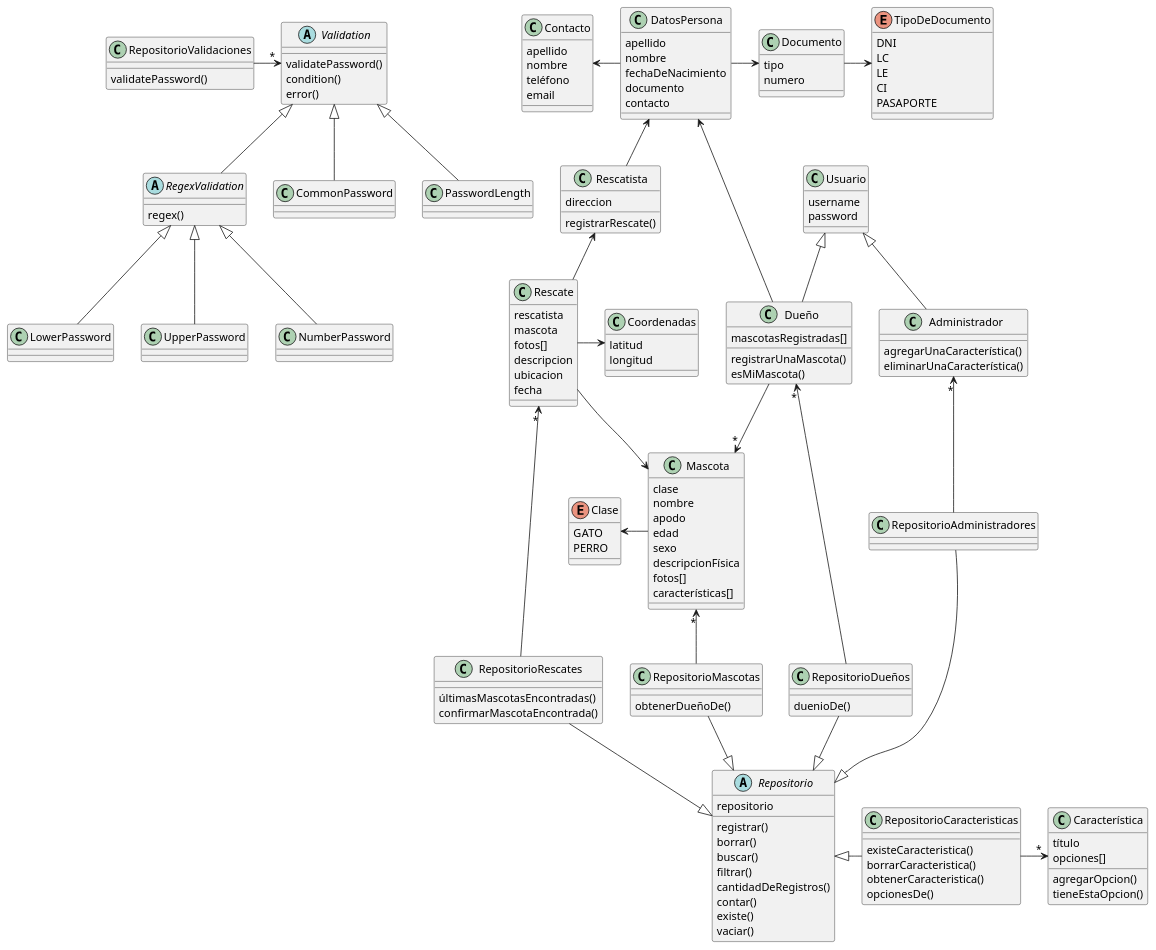
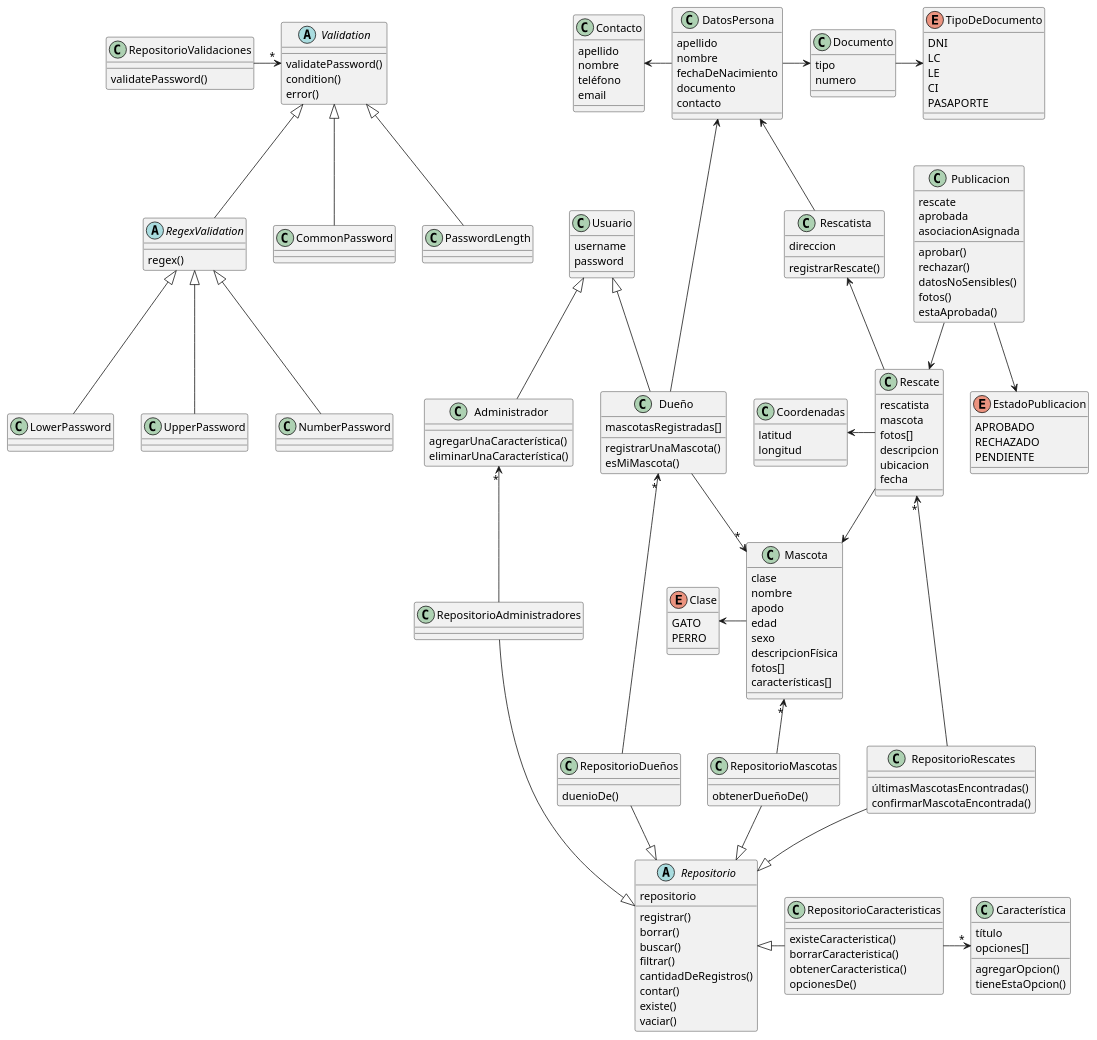
One commit to aleeherasimiuk/RescateDePatitas changed the diagram in diagramaDeClases.plantuml. Above: the diagram before and after it, drawn with PlantUML.

Commit message:
Diagrama de clases

```diff
--- a/diagramaDeClases.plantuml
+++ b/diagramaDeClases.plantuml
@@ -91,6 +91,26 @@
   tieneEstaOpcion()
 }
 
+
+Publicacion -d-> Rescate
+class Publicacion{
+  rescate
+  aprobada
+  asociacionAsignada
+  aprobar()
+  rechazar()
+  datosNoSensibles()
+  fotos()
+  estaAprobada()
+}
+
+Publicacion -d-> EstadoPublicacion
+enum EstadoPublicacion{
+  APROBADO
+  RECHAZADO
+  PENDIENTE
+}
+
 '''''''''''''''''''''''''''''''''''''''''''''''''''''''''''''''''''''''''''''
 ''''''''''''''''''''''''''''''''Repositorios'''''''''''''''''''''''''''''''''
 '''''''''''''''''''''''''''''''''''''''''''''''''''''''''''''''''''''''''''''
@@ -176,7 +196,7 @@
 Mascota       -l->    Clase
 Dueño         -d->"*" Mascota
 Administrador -u-|>   Usuario
-Rescate       ->      Coordenadas
+Rescate       -l->    Coordenadas
 
 '''''''''''''''''''''''''''''''''''''''''''''''''''''''''''''''''''''''''''''
 '''''''''''''''''''''''''Relaciones de Repositorios''''''''''''''''''''''''''
```
